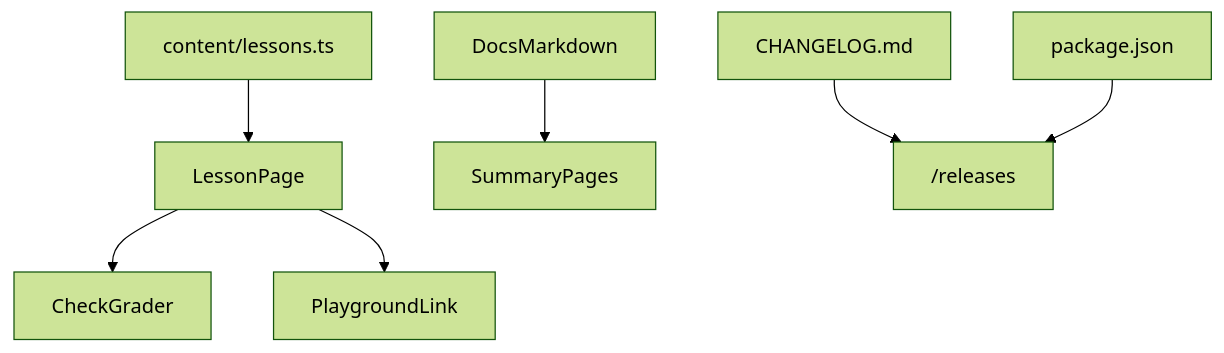
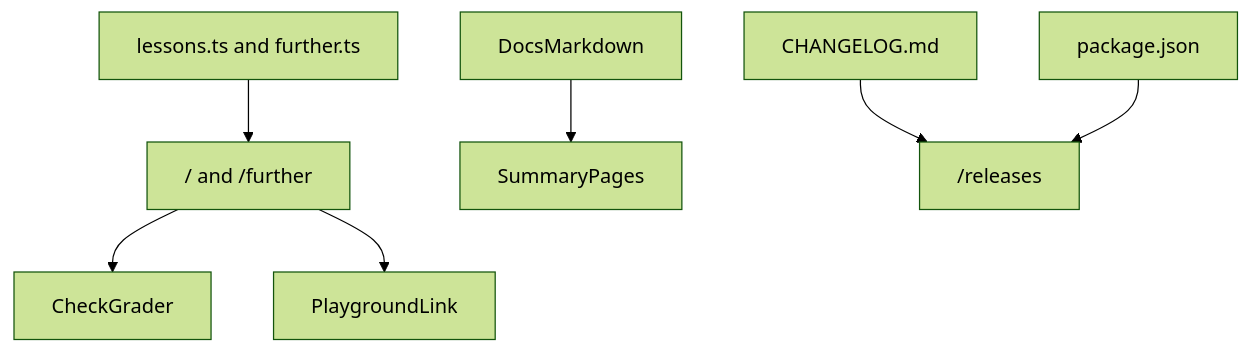
One commit to jmaret/Ferrugo changed the second of 3 diagrams in docs/ARCHITECTURE_AND_DESIGN.md. Above: the diagram before and after it, drawn with Mermaid (forest theme). The commit also changed other lines of this file and 12 other files, not shown here.

Commit message:
Add a further page so later Rust lessons do not lengthen the first path.

````diff
--- a/docs/ARCHITECTURE_AND_DESIGN.md
+++ b/docs/ARCHITECTURE_AND_DESIGN.md
@@ -39,18 +39,18 @@
 ```mermaid
 flowchart TD
-  lessonFile["content/lessons.ts"]
+  lessonFile["lessons.ts and further.ts"]
   docs[DocsMarkdown]
   pkg["package.json"]
   changelog["CHANGELOG.md"]
-  lessonPage[LessonPage]
+  lessonPage["/ and /further"]
   summaryPages[SummaryPages]
   releases["/releases"]
   grader[CheckGrader]
   link[PlaygroundLink]
   lessonFile --> lessonPage
   lessonPage --> grader
   lessonPage --> link
   docs --> summaryPages
   changelog --> releases
   pkg --> releases
 ```
````
